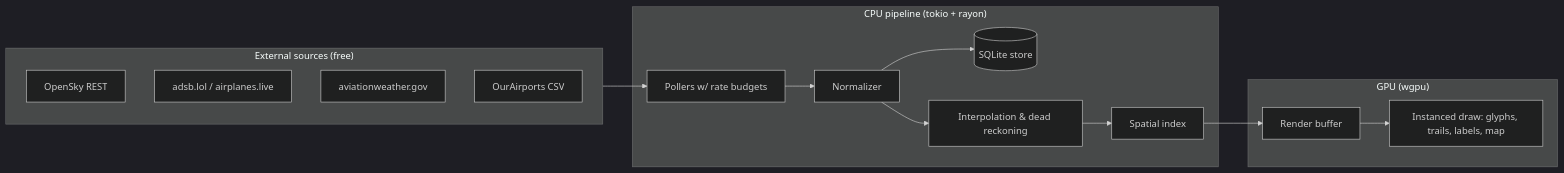
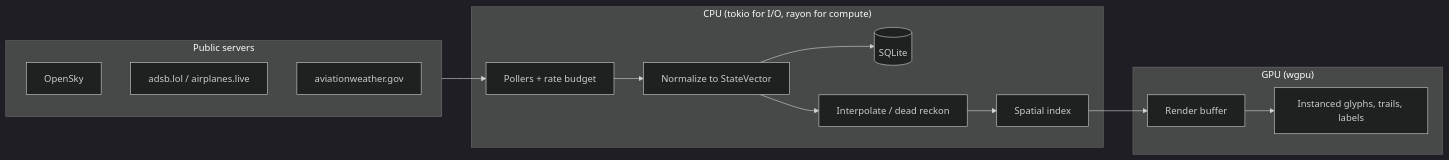
One commit to arcTanMyAngle/look-above changed the diagram in README.md. Above: the diagram before and after it, drawn with Mermaid (dark theme). The commit also changed other lines of this file and 5 other files, not shown here.

````diff
--- a/README.md
+++ b/README.md
@@ -26,19 +102,18 @@
 ```mermaid
 flowchart LR
-    subgraph Sources["External sources (free)"]
-        OS[OpenSky REST]
+    subgraph Sources["Public servers"]
+        OS[OpenSky]
         CF[adsb.lol / airplanes.live]
         WX[aviationweather.gov]
-        AP[OurAirports CSV]
     end
-    subgraph CPU["CPU pipeline (tokio + rayon)"]
-        P[Pollers w/ rate budgets] --> N[Normalizer]
-        N --> S[(SQLite store)]
-        N --> I[Interpolation & dead reckoning]
+    subgraph CPU["CPU (tokio for I/O, rayon for compute)"]
+        P[Pollers + rate budget] --> N[Normalize to StateVector]
+        N --> S[(SQLite)]
+        N --> I[Interpolate / dead reckon]
         I --> X[Spatial index]
     end
     subgraph GPU["GPU (wgpu)"]
-        X --> RB[Render buffer] --> R[Instanced draw: glyphs, trails, labels, map]
+        X --> RB[Render buffer] --> R[Instanced glyphs, trails, labels]
     end
     Sources --> P
 ```
````
